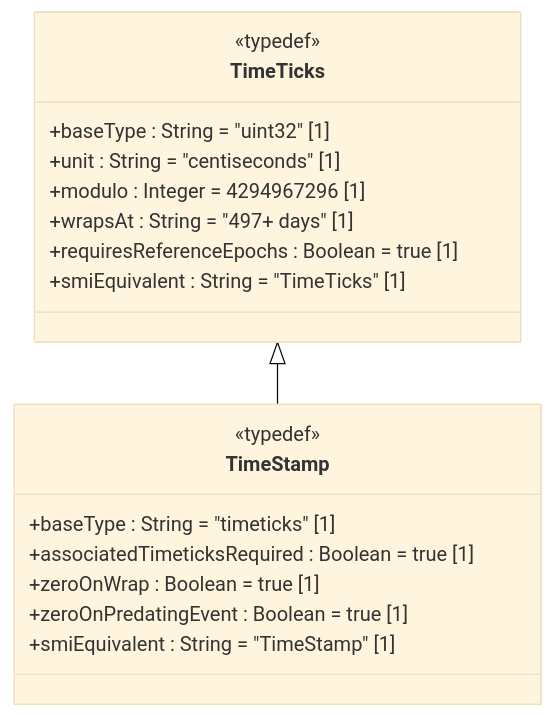
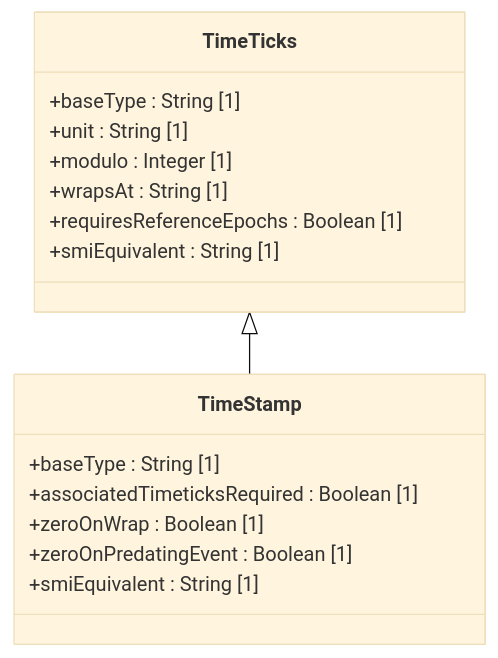
One commit to gintatkinson/dep-tst40 changed the diagram in docs/features/feat-24-snmp-temporal-types.md. Above: the diagram before and after it, drawn with Mermaid (base theme). The commit also changed other lines of this file and 16 other files, not shown here.

First line of the commit message:
docs: fix UML compliance — strip default values, stereotypes, placeholders, YANG types

````diff
--- a/docs/features/feat-24-snmp-temporal-types.md
+++ b/docs/features/feat-24-snmp-temporal-types.md
@@ -19,21 +19,19 @@
 ```mermaid
 classDiagram
     class TimeTicks {
-        <<typedef>>
-        +baseType : String = "uint32" [1]
-        +unit : String = "centiseconds" [1]
-        +modulo : Integer = 4294967296 [1]
-        +wrapsAt : String = "497+ days" [1]
-        +requiresReferenceEpochs : Boolean = true [1]
-        +smiEquivalent : String = "TimeTicks" [1]
+        +baseType : String [1]
+        +unit : String [1]
+        +modulo : Integer [1]
+        +wrapsAt : String [1]
+        +requiresReferenceEpochs : Boolean [1]
+        +smiEquivalent : String [1]
     }
     class TimeStamp {
-        <<typedef>>
-        +baseType : String = "timeticks" [1]
-        +associatedTimeticksRequired : Boolean = true [1]
-        +zeroOnWrap : Boolean = true [1]
-        +zeroOnPredatingEvent : Boolean = true [1]
-        +smiEquivalent : String = "TimeStamp" [1]
+        +baseType : String [1]
+        +associatedTimeticksRequired : Boolean [1]
+        +zeroOnWrap : Boolean [1]
+        +zeroOnPredatingEvent : Boolean [1]
+        +smiEquivalent : String [1]
     }
     TimeTicks <|-- TimeStamp
 ```
````
